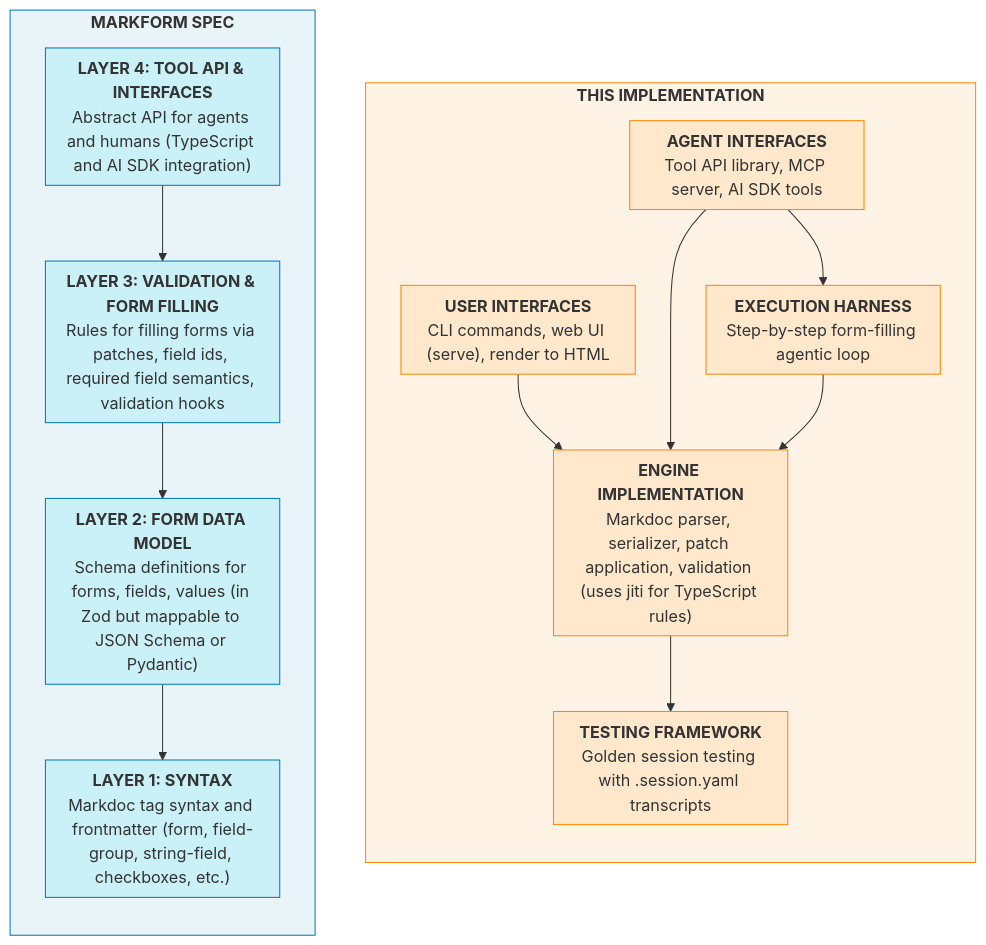
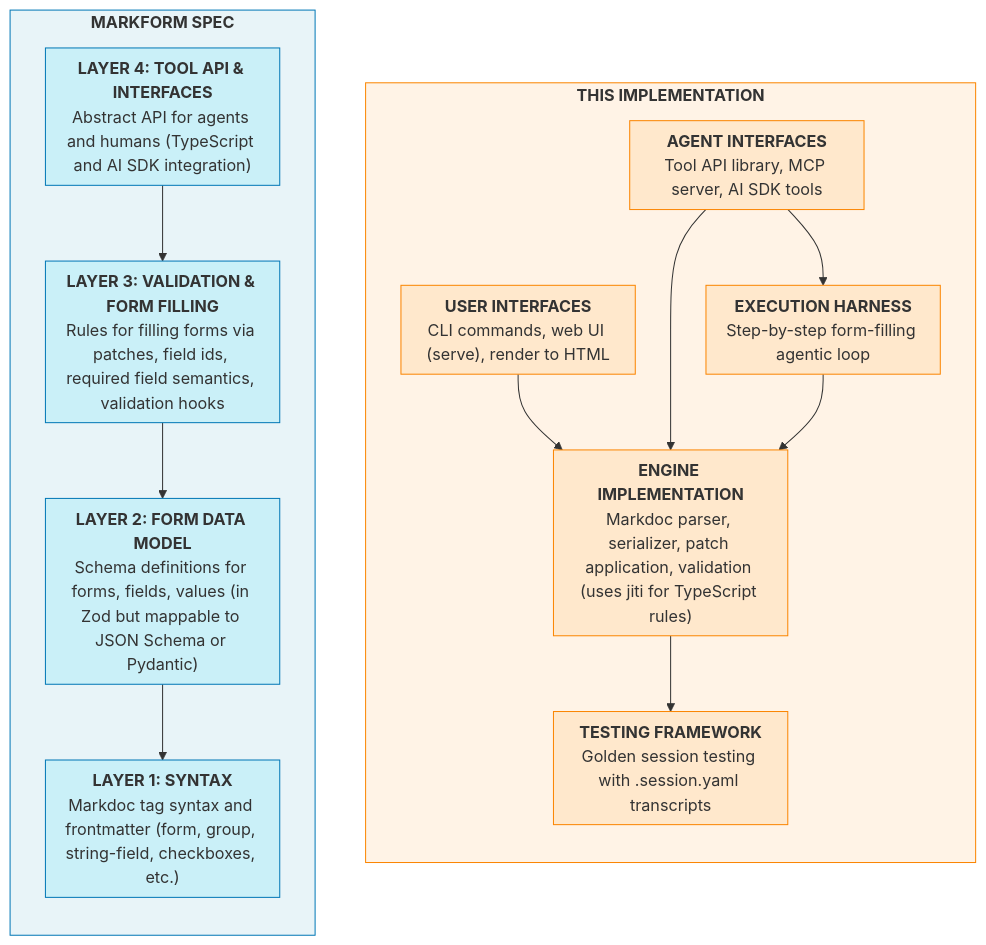
The diagram in README.md (jlevy/markform), drawn with Mermaid before and after one commit. The commit also changed other lines of this file and 32 other files, not shown here.

First line of the commit message:
refactor: rename field-group tag to group

````diff
--- a/README.md
+++ b/README.md
@@ -302,61 +302,61 @@
 ```mermaid
 flowchart LR
     subgraph SPEC["<b>MARKFORM SPEC</b>"]
         direction TB
 
-        subgraph L1["<b>LAYER 1: SYNTAX</b><br/>Markdoc tag syntax and frontmatter (form, field-group, string-field, checkboxes, etc.)"]
+        subgraph L1["<b>LAYER 1: SYNTAX</b><br/>Markdoc tag syntax and frontmatter (form, group, string-field, checkboxes, etc.)"]
         end
 
         subgraph L2["<b>LAYER 2: FORM DATA MODEL</b><br/>Schema definitions for forms, fields, values (in Zod but mappable to JSON Schema or Pydantic)"]
         end
 
         subgraph L3["<b>LAYER 3: VALIDATION & FORM FILLING</b><br/>Rules for filling forms via patches, field ids, required field semantics, validation hooks"]
         end
 
         subgraph L4["<b>LAYER 4: TOOL API & INTERFACES</b><br/>Abstract API for agents and humans (TypeScript and AI SDK integration)"]
         end
 
         L4 -->
 
 L3 --> L2 --> L1
     end
 
     subgraph IMPL["<b>THIS IMPLEMENTATION</b>"]
         direction TB
 
         subgraph ENGINE["<b>ENGINE IMPLEMENTATION</b><br/>Markdoc parser, serializer, patch application, validation (uses jiti for TypeScript rules)"]
         end
 
         subgraph UI["<b>USER INTERFACES</b><br/>CLI commands, web UI (serve), render to HTML"]
         end
 
         subgraph AGENT["<b>AGENT INTERFACES</b><br/>Tool API library, MCP server, AI SDK tools"]
         end
 
         subgraph HARNESS["<b>EXECUTION HARNESS</b><br/>Step-by-step form-filling agentic loop"]
         end
 
         subgraph TEST["<b>TESTING FRAMEWORK</b><br/>Golden session testing with .session.yaml transcripts"]
         end
 
         UI --> ENGINE
         AGENT --> HARNESS
         AGENT --> ENGINE
         HARNESS --> ENGINE
         ENGINE --> TEST
     end
 
     SPEC ~~~ IMPL
 
     style SPEC fill:#e8f4f8,stroke:#0077b6
     style L1 fill:#caf0f8,stroke:#0077b6
     style L2 fill:#caf0f8,stroke:#0077b6
     style L3 fill:#caf0f8,stroke:#0077b6
     style L4 fill:#caf0f8,stroke:#0077b6
     style IMPL fill:#fff3e6,stroke:#fb8500
     style ENGINE fill:#ffe8cc,stroke:#fb8500
     style UI fill:#ffe8cc,stroke:#fb8500
     style AGENT fill:#ffe8cc,stroke:#fb8500
     style HARNESS fill:#ffe8cc,stroke:#fb8500
     style TEST fill:#ffe8cc,stroke:#fb8500
 ```
````
